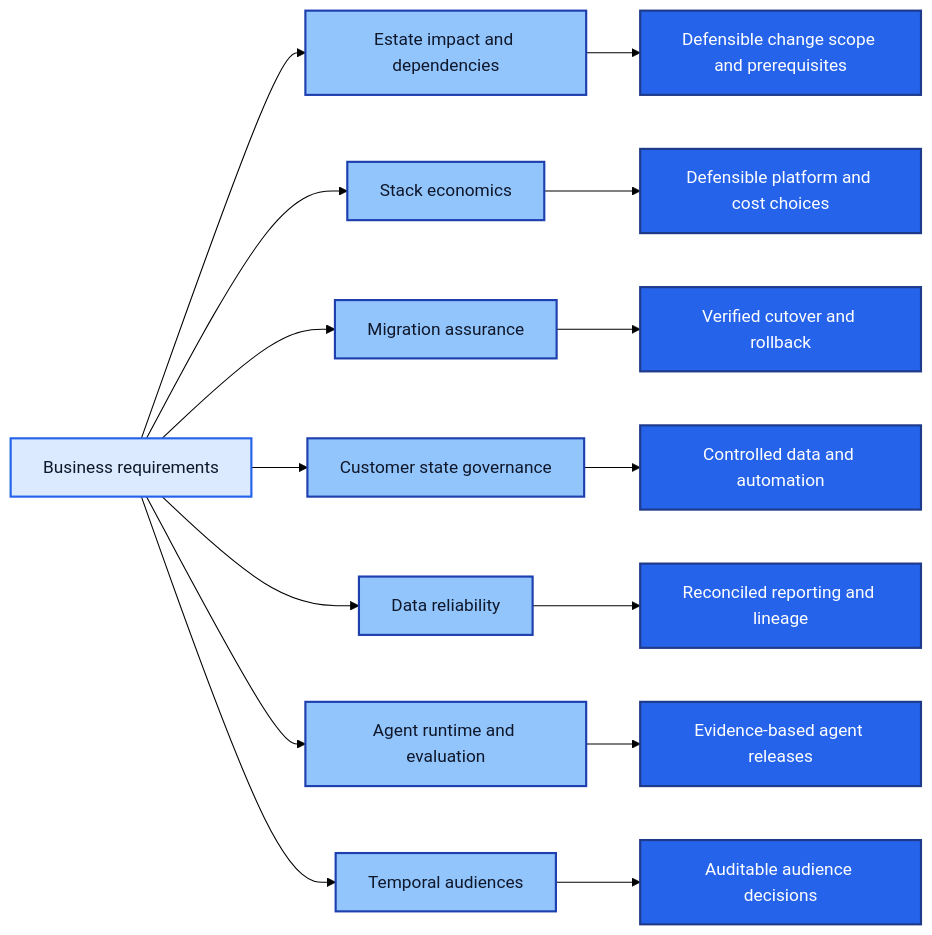
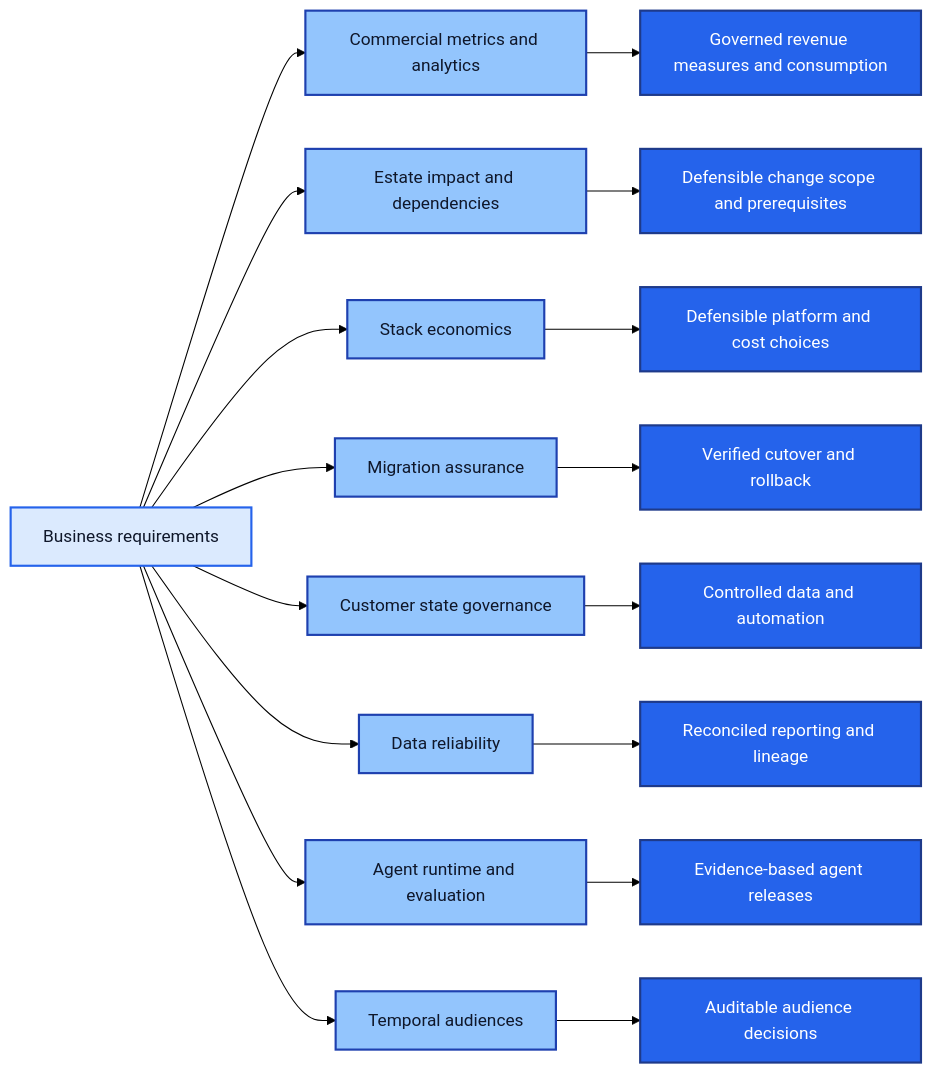
One commit to rlbsem/rlbsem changed the diagram in README.md. Above: the diagram before and after it, drawn with Mermaid (forest theme). The commit also changed other lines of this file, not shown here.

Commit message:
Add Revenue Metrics Platform to portfolio

````diff
--- a/README.md
+++ b/README.md
@@ -27,26 +28,28 @@
 ```mermaid
 flowchart LR
-    A[Business requirements] --> L[Estate impact and dependencies]
+    A[Business requirements] --> Q[Commercial metrics and analytics]
+    A --> L[Estate impact and dependencies]
     A --> B[Stack economics]
     A --> E[Migration assurance]
     A --> C[Customer state governance]
     A --> R[Data reliability]
     A --> D[Agent runtime and evaluation]
     A --> F[Temporal audiences]
 
+    Q --> O[Governed revenue measures and consumption]
     L --> M[Defensible change scope and prerequisites]
     B --> G[Defensible platform and cost choices]
     E --> J[Verified cutover and rollback]
     C --> H[Controlled data and automation]
     R --> N[Reconciled reporting and lineage]
     D --> I[Evidence-based agent releases]
     F --> K[Auditable audience decisions]
 
     classDef source fill:#dbeafe,stroke:#2563eb,color:#0f172a,stroke-width:2px;
     classDef capability fill:#93c5fd,stroke:#1e40af,color:#0f172a,stroke-width:2px;
     classDef output fill:#2563eb,stroke:#1e3a8a,color:#ffffff,stroke-width:2px;
 
     class A source;
-    class B,C,D,E,F,L,R capability;
-    class G,H,I,J,K,M,N output;
+    class B,C,D,E,F,L,Q,R capability;
+    class G,H,I,J,K,M,N,O output;
 ```
````
